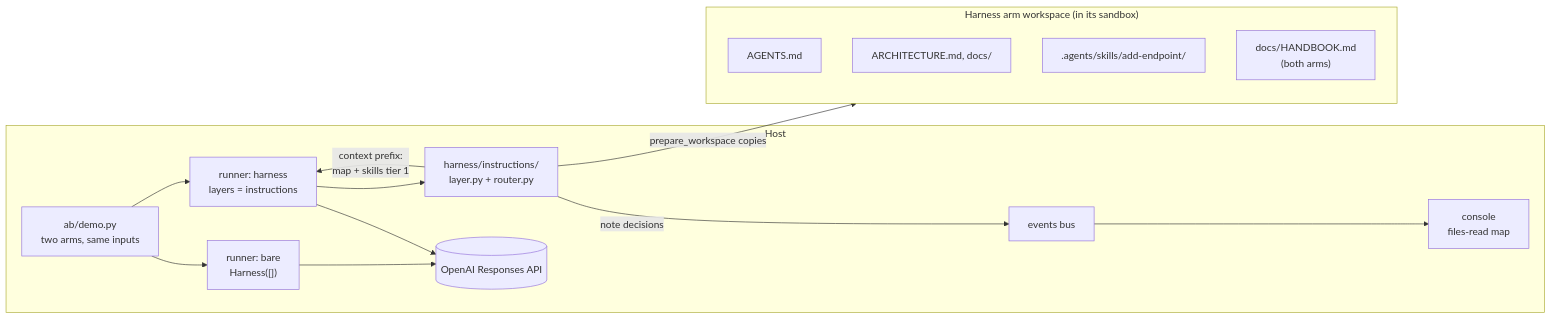
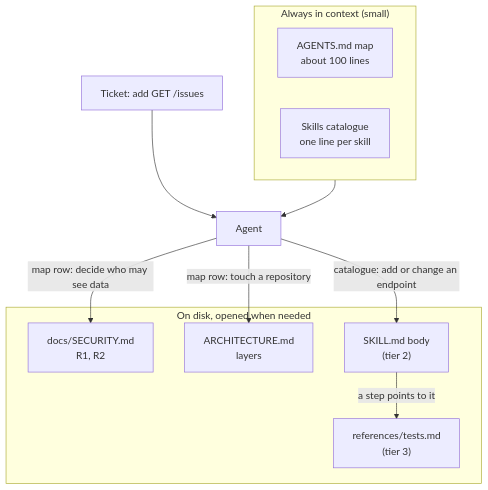
Before and after one commit to ANI-IN/shipharness-dev: the diagram in 01-instructions/concepts.md, drawn with Mermaid. The commit also changed other lines of this file and 63 other files, not shown here.

````diff
--- a/01-instructions/concepts.md
+++ b/01-instructions/concepts.md
@@ -161,18 +65,19 @@
 ```mermaid
-flowchart LR
-  subgraph Host
-    AB["ab/demo.py<br/>two arms, same inputs"] --> RB["runner: bare<br/>Harness([])"]
-    AB --> RH["runner: harness<br/>layers = instructions"]
-    RH --> IL["harness/instructions/<br/>layer.py + router.py"]
-    IL -- "context prefix:<br/>map + skills tier 1" --> RH
-    RB & RH --> OAI[("OpenAI Responses API")]
-    IL -- "note decisions" --> BUS["events bus"] --> CON["console<br/>files-read map"]
+flowchart TB
+  subgraph Always["Always in context (small)"]
+    M["AGENTS.md map<br/>about 100 lines"]
+    C["Skills catalogue<br/>one line per skill"]
   end
-  subgraph Workspace["Harness arm workspace (in its sandbox)"]
-    AM["AGENTS.md"]
-    DOCS["ARCHITECTURE.md, docs/"]
-    SK[".agents/skills/add-endpoint/"]
-    HB["docs/HANDBOOK.md<br/>(both arms)"]
+  subgraph OnDisk["On disk, opened when needed"]
+    S["docs/SECURITY.md<br/>R1, R2"]
+    A["ARCHITECTURE.md<br/>layers"]
+    K["SKILL.md body<br/>(tier 2)"]
+    R["references/tests.md<br/>(tier 3)"]
   end
-  IL -- "prepare_workspace copies" --> Workspace
+  T["Ticket: add GET /issues"] --> AG["Agent"]
+  Always --> AG
+  AG -->|"map row: decide who may see data"| S
+  AG -->|"map row: touch a repository"| A
+  AG -->|"catalogue: add or change an endpoint"| K
+  K -->|"a step points to it"| R
 ```
````
